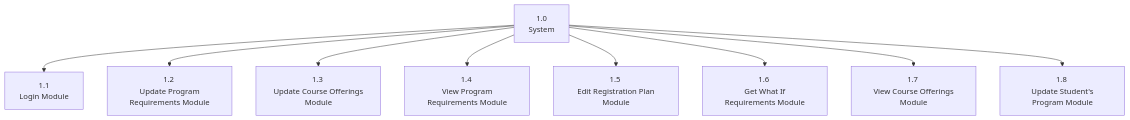
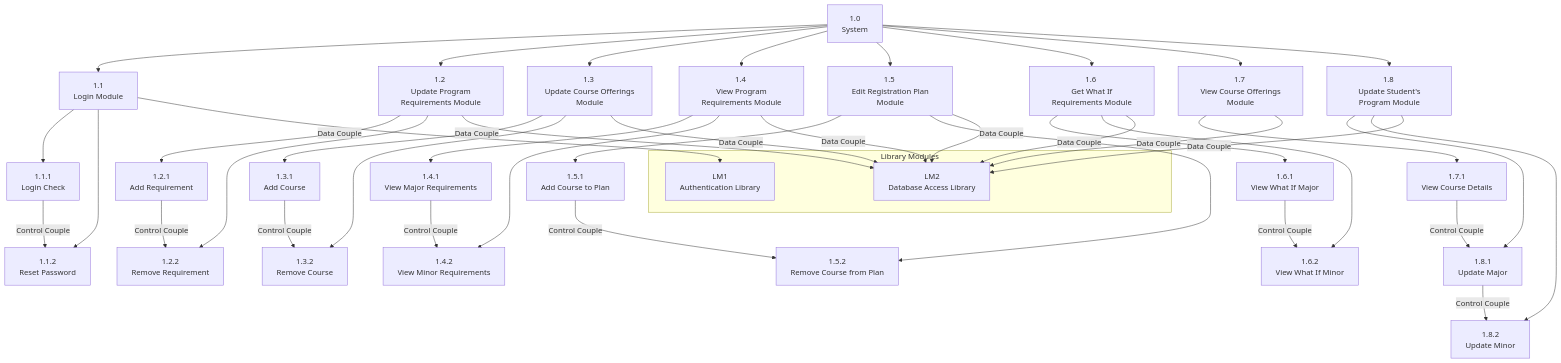
One commit to chengeu25/eNorthernPike changed diagram 40 of 40 in System Proposal Template.md. Above: the diagram before and after it, drawn with Mermaid.

Commit message:
Structure Chart

````diff
--- a/System Proposal Template.md
+++ b/System Proposal Template.md
@@ -2045,20 +2045,55 @@
 ```mermaid
 graph TB
    System[1.0 \n System]
    Login[1.1 \n Login Module]
    UpdateProgramRequirements[1.2 \n Update Program Requirements Module]
    UpdateCourseOfferings[1.3 \n Update Course Offerings Module]
    ViewProgramRequirements[1.4 \n View Program Requirements Module]
    EditRegistrationPlan[1.5 \n Edit Registration Plan Module]
    GetWhatIfRequirements[1.6 \n Get What If Requirements Module]
    ViewCourseOfferings[1.7 \n View Course Offerings Module]
    UpdateStudentsProgram[1.8 \n Update Student's Program Module]
    System --> Login
    System --> UpdateProgramRequirements
    System --> UpdateCourseOfferings
    System --> ViewProgramRequirements
    System --> EditRegistrationPlan
    System --> GetWhatIfRequirements
    System --> ViewCourseOfferings
    System --> UpdateStudentsProgram
+   Login --> LoginCheck[1.1.1 \n Login Check]
+   Login --> ResetPassword[1.1.2 \n Reset Password]
+   UpdateProgramRequirements --> AddRequirement[1.2.1 \n Add Requirement]
+   UpdateProgramRequirements --> RemoveRequirement[1.2.2 \n Remove Requirement]
+   UpdateCourseOfferings --> AddCourse[1.3.1 \n Add Course]
+   UpdateCourseOfferings --> RemoveCourse[1.3.2 \n Remove Course]
+   ViewProgramRequirements --> ViewMajorRequirements[1.4.1 \n View Major Requirements]
+   ViewProgramRequirements --> ViewMinorRequirements[1.4.2 \n View Minor Requirements]
+   EditRegistrationPlan --> AddCourseToPlan[1.5.1 \n Add Course to Plan]
+   EditRegistrationPlan --> RemoveCourseFromPlan[1.5.2 \n Remove Course from Plan]
+   GetWhatIfRequirements --> ViewWhatIfMajor[1.6.1 \n View What If Major]
+   GetWhatIfRequirements --> ViewWhatIfMinor[1.6.2 \n View What If Minor]
+   ViewCourseOfferings --> ViewCourseDetails[1.7.1 \n View Course Details]
+   UpdateStudentsProgram --> UpdateMajor[1.8.1 \n Update Major]
+   UpdateStudentsProgram --> UpdateMinor[1.8.2 \n Update Minor]
+   subgraph "Library Modules"
+   LM1[LM1 \n Authentication Library]
+   LM2[LM2 \n Database Access Library]
+   end
+   Login -->|Data Couple| LM1
+   UpdateProgramRequirements -->|Data Couple| LM2
+   UpdateCourseOfferings -->|Data Couple| LM2
+   ViewProgramRequirements -->|Data Couple| LM2
+   EditRegistrationPlan -->|Data Couple| LM2
+   GetWhatIfRequirements -->|Data Couple| LM2
+   ViewCourseOfferings -->|Data Couple| LM2
+   UpdateStudentsProgram -->|Data Couple| LM2
+   LoginCheck -->|Control Couple| ResetPassword
+   AddRequirement -->|Control Couple| RemoveRequirement
+   AddCourse -->|Control Couple| RemoveCourse
+   ViewMajorRequirements -->|Control Couple| ViewMinorRequirements
+   AddCourseToPlan -->|Control Couple| RemoveCourseFromPlan
+   ViewWhatIfMajor -->|Control Couple| ViewWhatIfMinor
+   ViewCourseDetails -->|Control Couple| UpdateMajor
+   UpdateMajor -->|Control Couple| UpdateMinor
 ```
````
